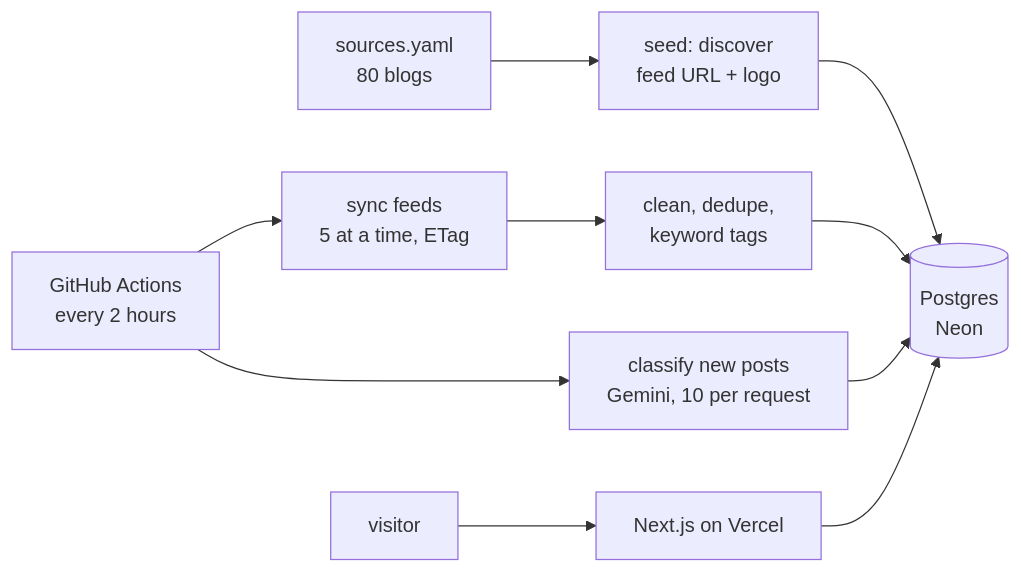
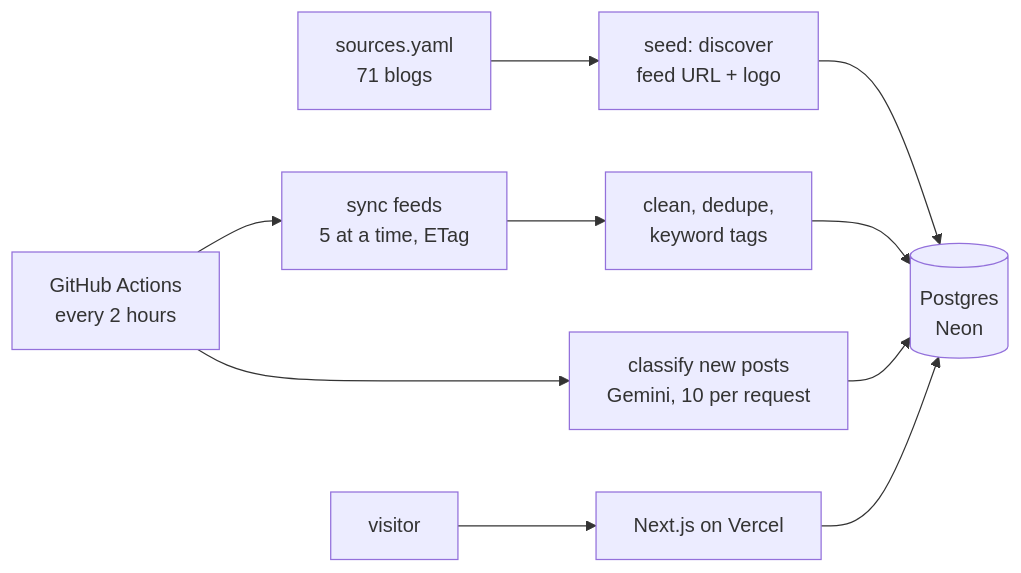
The diagram in README.md (DecodeDebangi/engfeed), drawn with Mermaid before and after one commit. The commit also changed other lines of this file and 3 other files, not shown here.

````diff
--- a/README.md
+++ b/README.md
@@ -15,12 +15,12 @@
 ```mermaid
 flowchart LR
-  Y[sources.yaml<br/>80 blogs] --> SD[seed: discover<br/>feed URL + logo]
+  Y[sources.yaml<br/>71 blogs] --> SD[seed: discover<br/>feed URL + logo]
   SD --> DB[(Postgres<br/>Neon)]
   GA[GitHub Actions<br/>every 2 hours] --> SY[sync feeds<br/>5 at a time, ETag]
   SY --> CL[clean, dedupe,<br/>keyword tags]
   CL --> DB
   GA --> LLM[classify new posts<br/>Gemini, 10 per request]
   LLM --> DB
   U[visitor] --> V[Next.js on Vercel]
   V --> DB
 ```
````
